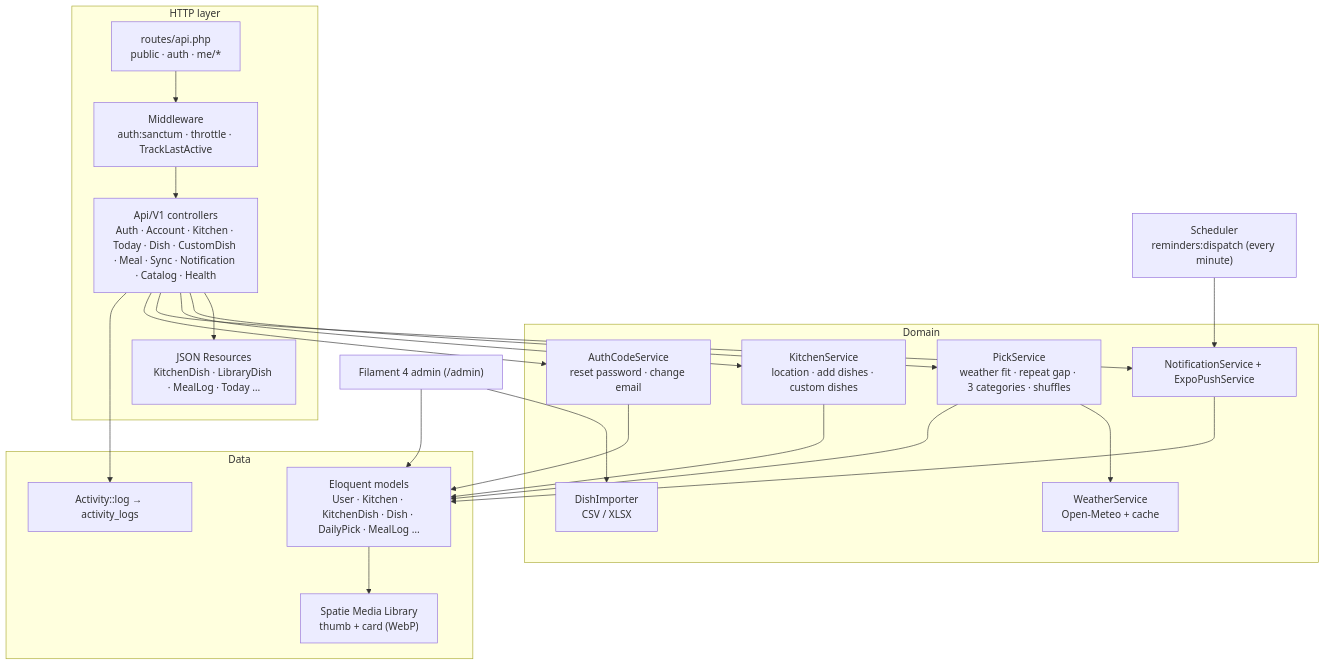
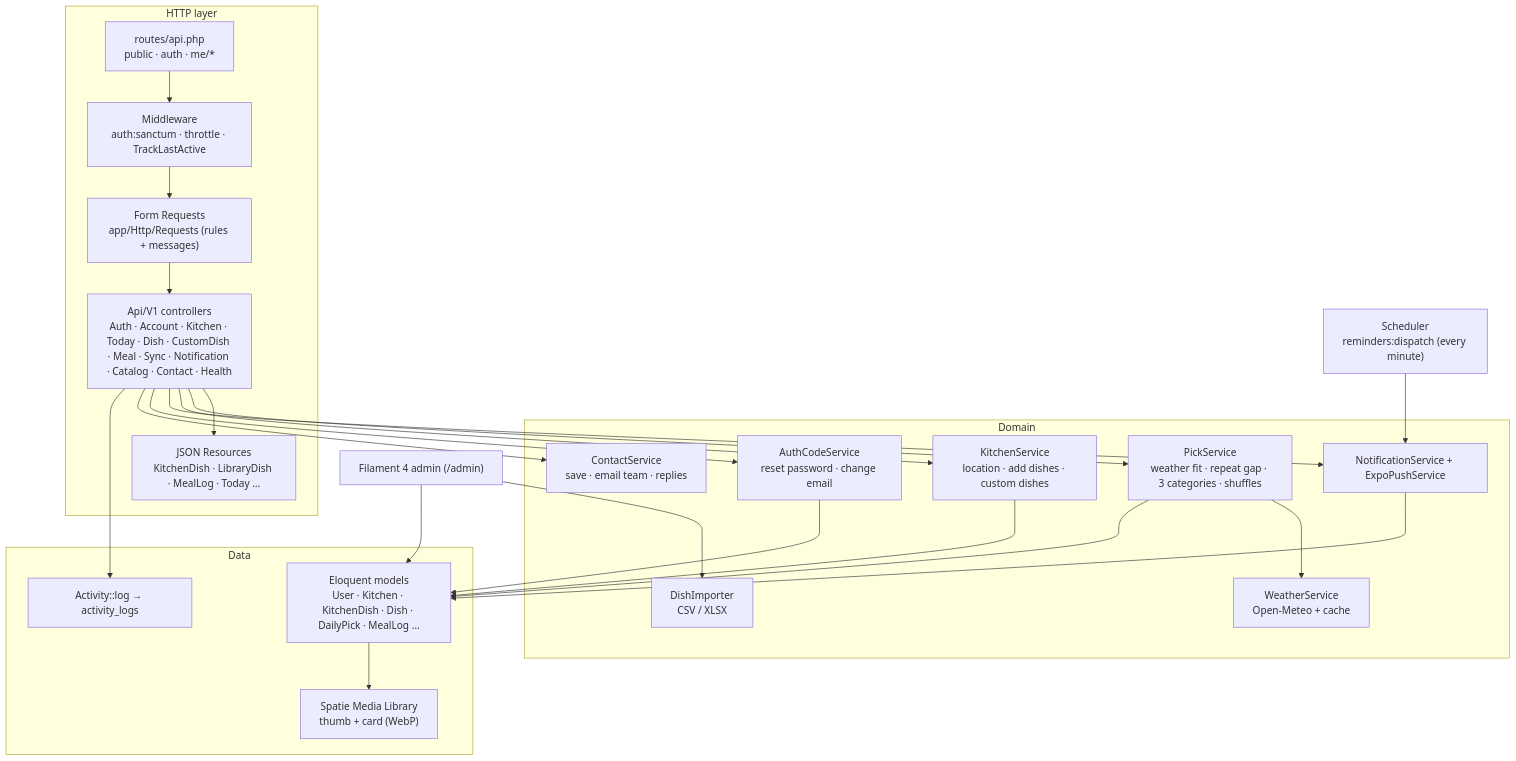
One commit to CaptainArslan/handi changed the second of 5 diagrams in README.md. Above: the diagram before and after it, drawn with Mermaid. The commit also changed other lines of this file and 21 other files, not shown here.

First line of the commit message:
Add Contact us across app, website and admin inbox; move validation to Form Requests

````diff
--- a/README.md
+++ b/README.md
@@ -103,31 +154,33 @@
 ```mermaid
 flowchart TB
   subgraph http["HTTP layer"]
     routes["routes/api.php<br/>public · auth · me/*"]
     mw["Middleware<br/>auth:sanctum · throttle · TrackLastActive"]
-    ctrl["Api/V1 controllers<br/>Auth · Account · Kitchen · Today · Dish · CustomDish · Meal · Sync · Notification · Catalog · Health"]
+    req["Form Requests<br/>app/Http/Requests (rules + messages)"]
+    ctrl["Api/V1 controllers<br/>Auth · Account · Kitchen · Today · Dish · CustomDish · Meal · Sync · Notification · Catalog · Contact · Health"]
     res["JSON Resources<br/>KitchenDish · LibraryDish · MealLog · Today …"]
   end
   subgraph domain["Domain"]
     pick["PickService<br/>weather fit · repeat gap · 3 categories · shuffles"]
     kitchen["KitchenService<br/>location · add dishes · custom dishes"]
     weather["WeatherService<br/>Open-Meteo + cache"]
     notify["NotificationService + ExpoPushService"]
     codes["AuthCodeService<br/>reset password · change email"]
+    contact["ContactService<br/>save · email team · replies"]
     importer["DishImporter<br/>CSV / XLSX"]
   end
   subgraph data["Data"]
     models["Eloquent models<br/>User · Kitchen · KitchenDish · Dish · DailyPick · MealLog …"]
     media["Spatie Media Library<br/>thumb + card (WebP)"]
     activity["Activity::log → activity_logs"]
   end
   admin["Filament 4 admin (/admin)"] --> models
   admin --> importer
-  routes --> mw --> ctrl --> res
-  ctrl --> pick & kitchen & notify & codes
+  routes --> mw --> req --> ctrl --> res
+  ctrl --> pick & kitchen & notify & codes & contact
   pick --> weather
   pick & kitchen & notify & codes --> models
   ctrl --> activity
   models --> media
   sched["Scheduler<br/>reminders:dispatch (every minute)"] --> notify
 ```
````
